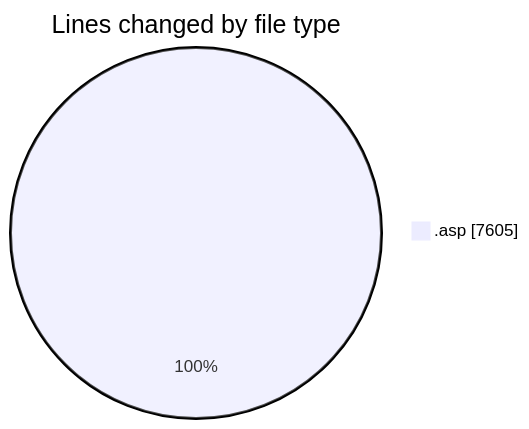
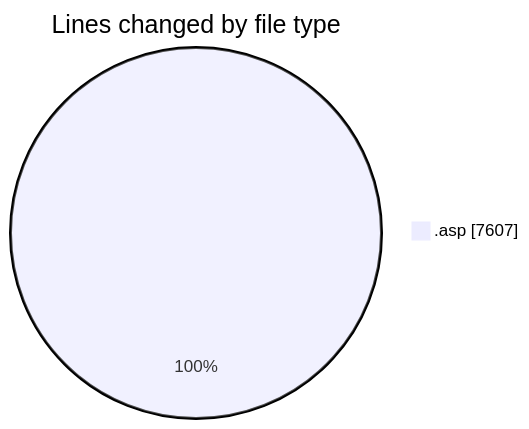
Before and after one commit to julien-gomy/code-tracking: the first of 2 diagrams in 2025-11-15/cdp_aleoudev_fr__workspace_/README.md, drawn with Mermaid. The commit also changed other lines of this file and 1 other file, not shown here.

````diff
--- a/2025-11-15/cdp_aleoudev_fr__workspace_/README.md
+++ b/2025-11-15/cdp_aleoudev_fr__workspace_/README.md
@@ -31,5 +31,5 @@
 ```mermaid
 pie showData
 title Lines changed by file type
-".asp" : 7605
+".asp" : 7607
 ```
````
